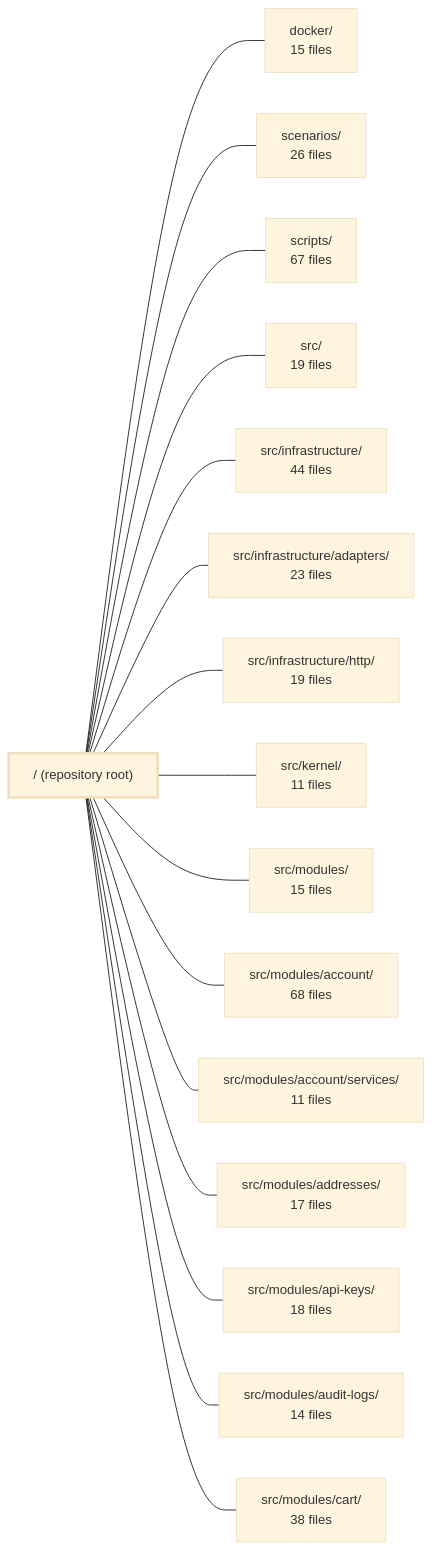
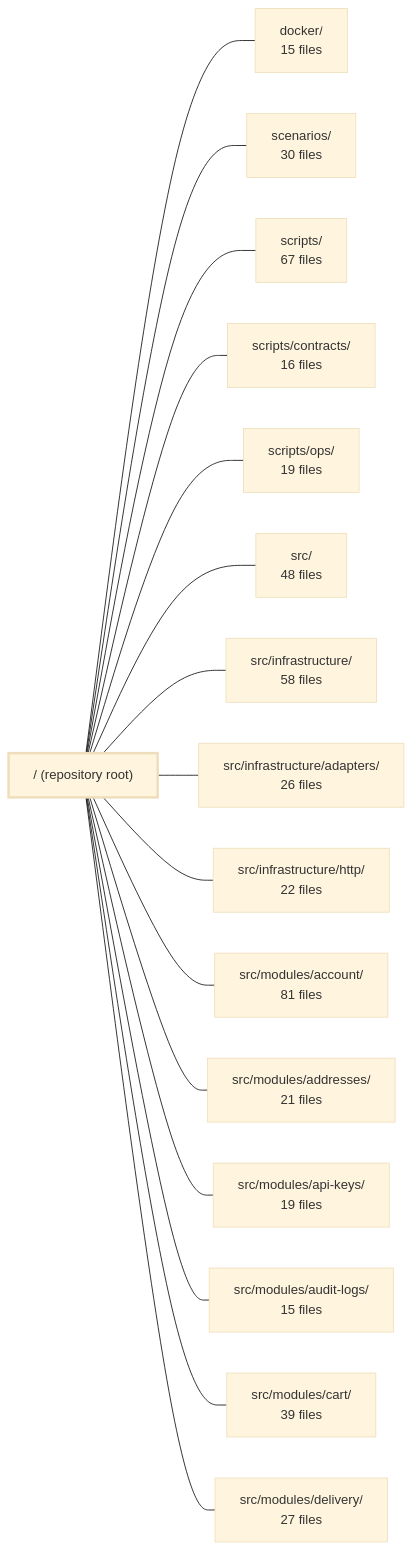
Before and after one commit to Guebbit/boilerplate-node-backend: the diagram in .2brain/modules/boilerplate-node-backend_ROOT.md, drawn with Mermaid (base theme). The commit also changed other lines of this file and 187 other files, not shown here.

````diff
--- a/.2brain/modules/boilerplate-node-backend_ROOT.md
+++ b/.2brain/modules/boilerplate-node-backend_ROOT.md
@@ -42,35 +40,35 @@
 ```mermaid
 flowchart LR
     m_root["/ (repository root)"]
     m_docker["docker/<br/>15 files"]
-    m_scenarios["scenarios/<br/>26 files"]
+    m_scenarios["scenarios/<br/>30 files"]
     m_scripts["scripts/<br/>67 files"]
-    m_src["src/<br/>19 files"]
-    m_src_infrastructure["src/infrastructure/<br/>44 files"]
-    m_src_infrastructure_adapters["src/infrastructure/adapters/<br/>23 files"]
-    m_src_infrastructure_http["src/infrastructure/http/<br/>19 files"]
-    m_src_kernel["src/kernel/<br/>11 files"]
-    m_src_modules["src/modules/<br/>15 files"]
-    m_src_modules_account["src/modules/account/<br/>68 files"]
-    m_src_modules_account_services["src/modules/account/services/<br/>11 files"]
-    m_src_modules_addresses["src/modules/addresses/<br/>17 files"]
-    m_src_modules_api_keys["src/modules/api-keys/<br/>18 files"]
-    m_src_modules_audit_logs["src/modules/audit-logs/<br/>14 files"]
-    m_src_modules_cart["src/modules/cart/<br/>38 files"]
+    m_scripts_contracts["scripts/contracts/<br/>16 files"]
+    m_scripts_ops["scripts/ops/<br/>19 files"]
+    m_src["src/<br/>48 files"]
+    m_src_infrastructure["src/infrastructure/<br/>58 files"]
+    m_src_infrastructure_adapters["src/infrastructure/adapters/<br/>26 files"]
+    m_src_infrastructure_http["src/infrastructure/http/<br/>22 files"]
+    m_src_modules_account["src/modules/account/<br/>81 files"]
+    m_src_modules_addresses["src/modules/addresses/<br/>21 files"]
+    m_src_modules_api_keys["src/modules/api-keys/<br/>19 files"]
+    m_src_modules_audit_logs["src/modules/audit-logs/<br/>15 files"]
+    m_src_modules_cart["src/modules/cart/<br/>39 files"]
+    m_src_modules_delivery["src/modules/delivery/<br/>27 files"]
     m_root --- m_docker
     m_root --- m_scenarios
     m_root --- m_scripts
+    m_root --- m_scripts_contracts
+    m_root --- m_scripts_ops
     m_root --- m_src
     m_root --- m_src_infrastructure
     m_root --- m_src_infrastructure_adapters
     m_root --- m_src_infrastructure_http
-    m_root --- m_src_kernel
-    m_root --- m_src_modules
     m_root --- m_src_modules_account
-    m_root --- m_src_modules_account_services
     m_root --- m_src_modules_addresses
     m_root --- m_src_modules_api_keys
     m_root --- m_src_modules_audit_logs
     m_root --- m_src_modules_cart
+    m_root --- m_src_modules_delivery
     style m_root stroke-width:3px
 ```
````
